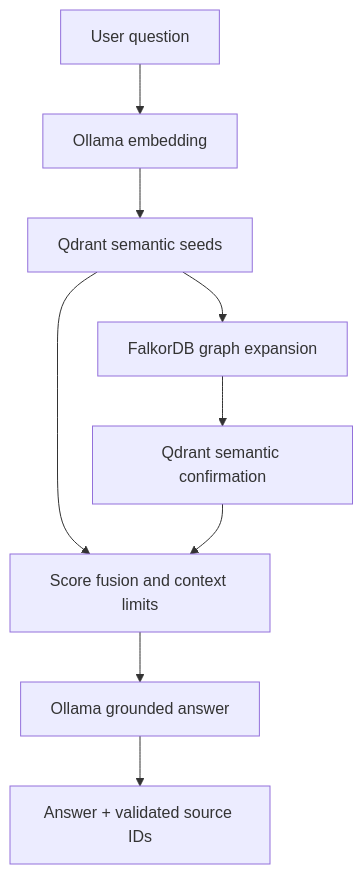
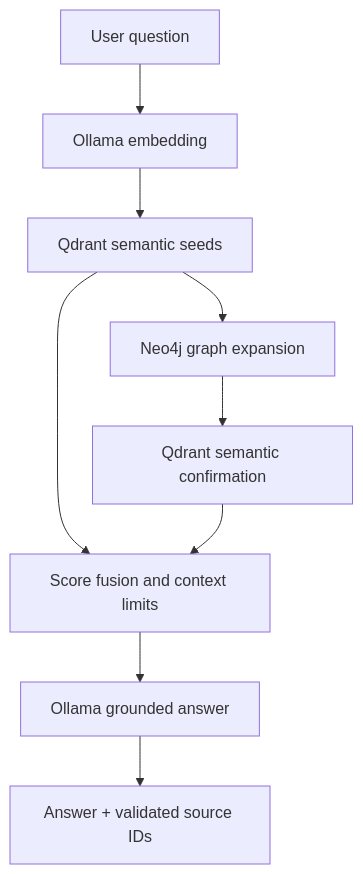
The diagram in README.md (Minhnhat45/simple_legal_graphrag), drawn with Mermaid before and after one commit. The commit also changed other lines of this file and 12 other files, not shown here.

````diff
--- a/README.md
+++ b/README.md
@@ -18,11 +18,11 @@
 ```mermaid
 flowchart TD
     Q["User question"] --> E["Ollama embedding"]
     E --> V["Qdrant semantic seeds"]
-    V --> G["FalkorDB graph expansion"]
+    V --> G["Neo4j graph expansion"]
     G --> C["Qdrant semantic confirmation"]
     V --> R["Score fusion and context limits"]
     C --> R
     R --> L["Ollama grounded answer"]
     L --> A["Answer + validated source IDs"]
 ```
````
